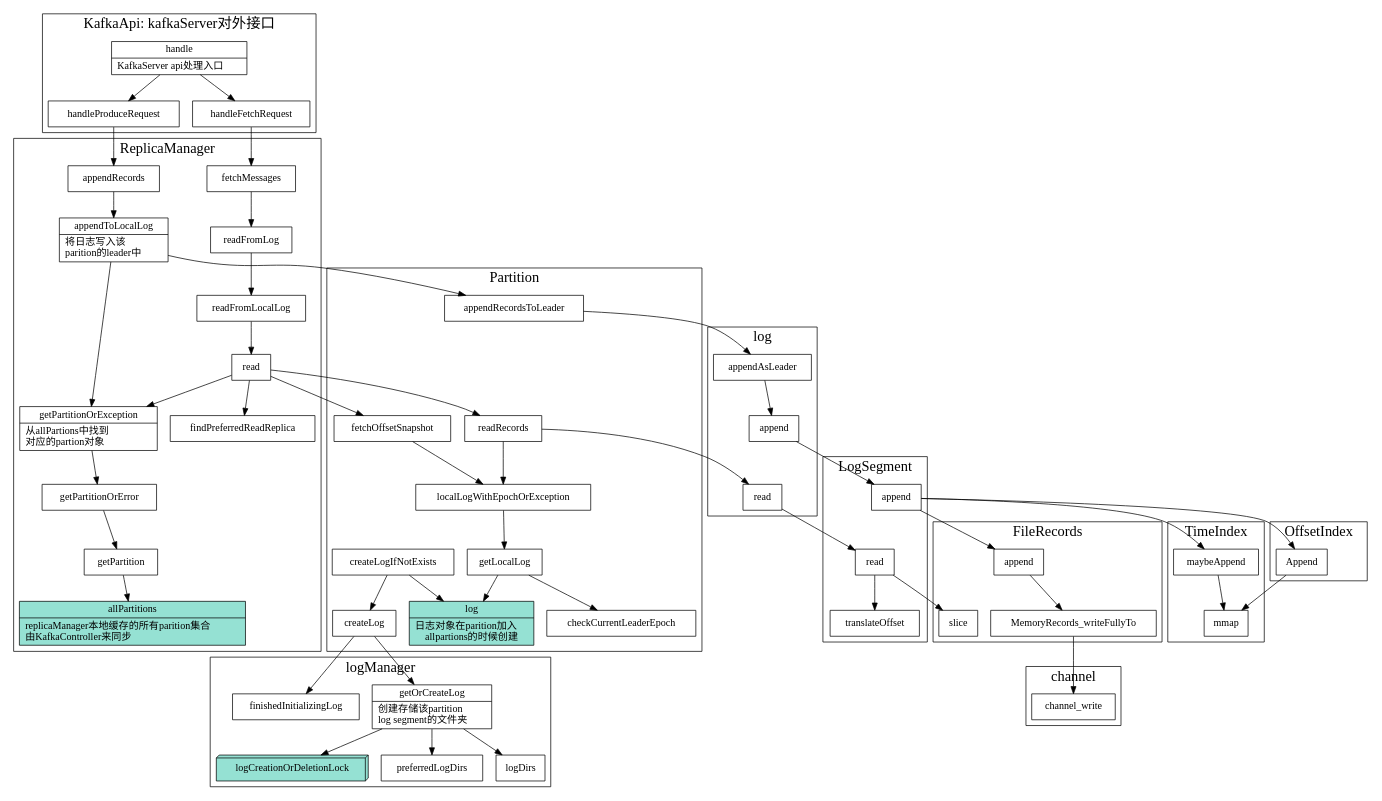
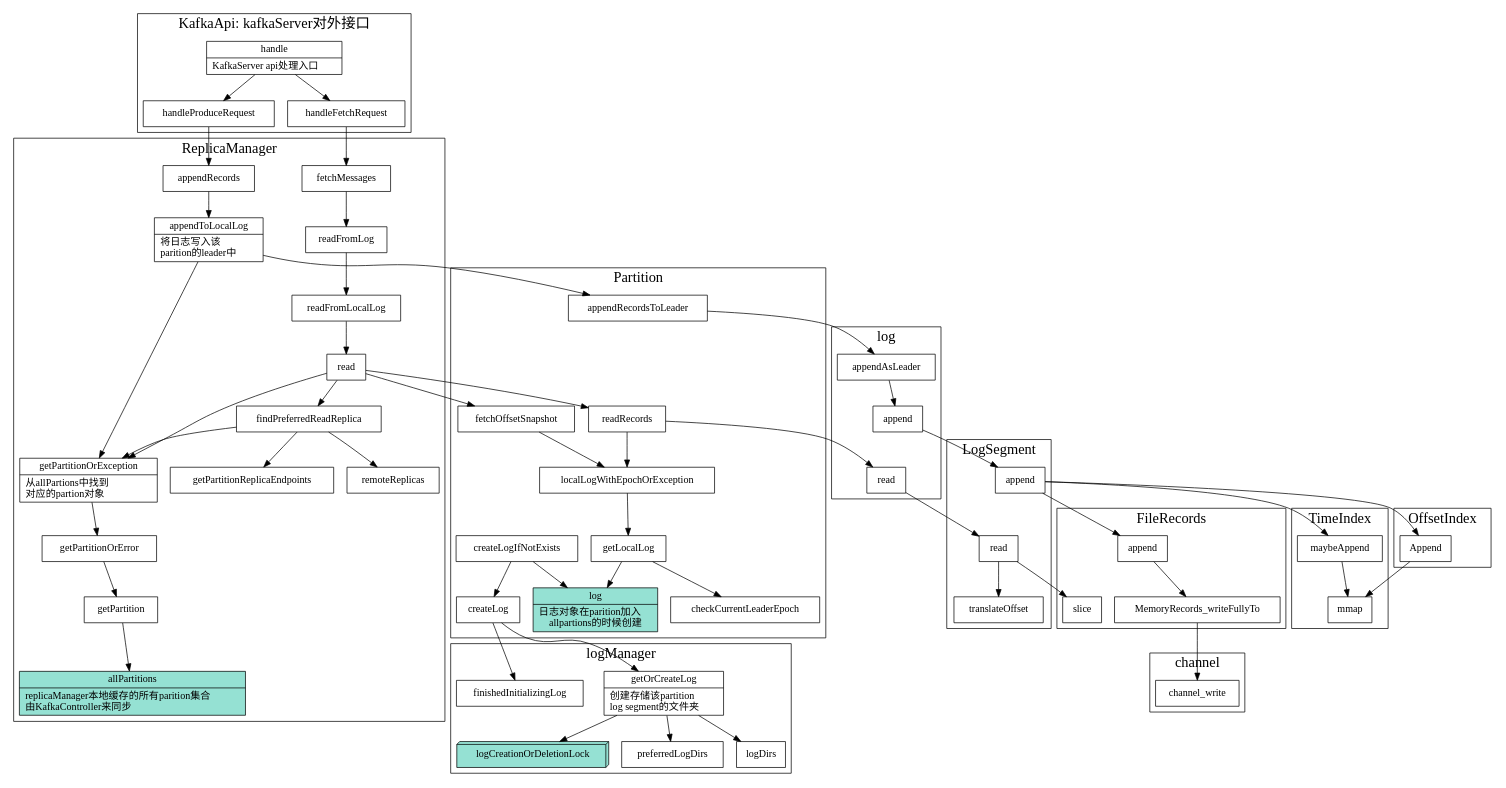
Before and after one commit to xieyu/blog: the diagram in src/kafka/kafkaServer.dot, drawn with Graphviz. The commit also changed 2 other files, not shown here.

```diff
--- a/src/kafka/kafkaServer.dot
+++ b/src/kafka/kafkaServer.dot
@@ -1,166 +1,171 @@
 digraph kafkaServer {
   node[shape=box];
   newrank=true;
   rankdir=TD;
   subgraph cluster_channel {
     graph[label="channel";fontsize=20;];
     channel_write;
   }
 
   subgraph cluster_FileRecords {
     graph[label="FileRecords";fontsize=20;];
     FileRecords_append[label="append"];
     FileRecords_slice[label="slice"];
     FileRecords_append -> MemoryRecords_writeFullyTo -> channel_write;
   }
 
   subgraph cluster_TimeIndex {
     graph[label="TimeIndex";fontsize=20;];
     timeIndex_maybeAppend[label="maybeAppend"];
     timeIndex_maybeAppend -> mmap;
   }
   subgraph cluster_OffsetIndex {
     graph[label="OffsetIndex";fontsize=20;];
     offsetIndex_append[label="Append"];
     offsetIndex_append -> mmap;
   }
   subgraph cluster_Segment {
     graph[label="LogSegment";fontsize=20;];
     segment_append[shape="record";
       label="{{
         append
       }}";
     ];
     segment_append -> {
       FileRecords_append;
       timeIndex_maybeAppend;
       offsetIndex_append;
     }
     segment_read[label="read"];
     segment_read -> {
       FileRecords_slice;
       translateOffset;
     }
   }
 
   subgraph cluster_log {
     graph[label="log";fontsize=20;];
     appendAsLeader -> append -> segment_append; 
     localLog_read[label="read"];
     localLog_read -> segment_read;
   }
 
   subgraph cluster_logManager {
     graph[label="logManager";fontsize=20;];
     logCreationOrDeletionLock[
       fillcolor="#95e1d3"
       style=filled;
       shape=box3d;
       label="logCreationOrDeletionLock"
     ];
     getOrCreateLog[shape="record";
       label="{
         getOrCreateLog|
           创建存储该partition\l 
           log segment的文件夹\l
       }";
     ];
 
     getOrCreateLog -> {
       logCreationOrDeletionLock;
       preferredLogDirs;
       logDirs;
     };
     finishedInitializingLog;
   }
 
   subgraph cluster_Partition {
     graph[label="Partition";fontsize=20;];
     appendRecordsToLeader -> appendAsLeader;
     partition_readRecords[label="readRecords"];
     partition_readRecords -> {
       localLog_read;
       localLogWithEpochOrException;
     }
     fetchOffsetSnapshot -> localLogWithEpochOrException -> getLocalLog -> checkCurrentLeaderEpoch;
     getLocalLog -> log;
     log[shape="record";
       fillcolor="#95e1d3"
       style=filled;
       label="{
         log|
         日志对象在parition加入\l 
         allpartions的时候创建
       }";
     ];
     //创建日志
     createLogIfNotExists -> {
       createLog;
       log;
     };
     createLog -> {
       getOrCreateLog;
       finishedInitializingLog;
     }
   }
 
   subgraph cluster_ReplicaManager {
     graph[label="ReplicaManager";fontsize=20;];
     appendToLocalLog[shape="record";
       label="{
         appendToLocalLog|
           将日志写入该\l 
           parition的leader中\l
       }";
     ];
     fetchMessages -> readFromLog -> readFromLocalLog -> read -> partition_readRecords;
     appendRecords -> appendToLocalLog -> {
       appendRecordsToLeader;
       getPartitionOrException;
     };
     read -> {
       getPartitionOrException;
       findPreferredReadReplica;
       fetchOffsetSnapshot;
     }
+    findPreferredReadReplica -> {
+      getPartitionOrException;
+      getPartitionReplicaEndpoints;
+      remoteReplicas;
+    };
     getPartitionOrException[shape="record";
       label="{
         getPartitionOrException|
           从allPartions中找到\l 
           对应的partion对象\l
       }";
     ];
     getPartitionOrException -> getPartitionOrError -> getPartition->allPartitions;
     allPartitions[shape="record";
       fillcolor="#95e1d3"
       style=filled;
       label="{
         allPartitions|
           replicaManager本地缓存的所有parition集合\l 
           由KafkaController来同步\l
       }";
     ];
   }
 
   subgraph cluster_KafkaApi {
     graph[label="KafkaApi: kafkaServer对外接口";fontsize=20;];
     handle[shape="record";
       label="{
         handle|
           KafkaServer api处理入口\l
       }";
     ];
     handle -> {
       handleProduceRequest;
       handleFetchRequest;
     }
 
     handleFetchRequest -> {
       fetchMessages;
     }
     handleProduceRequest -> {
       appendRecords;
     }
   }
 
 }
```
